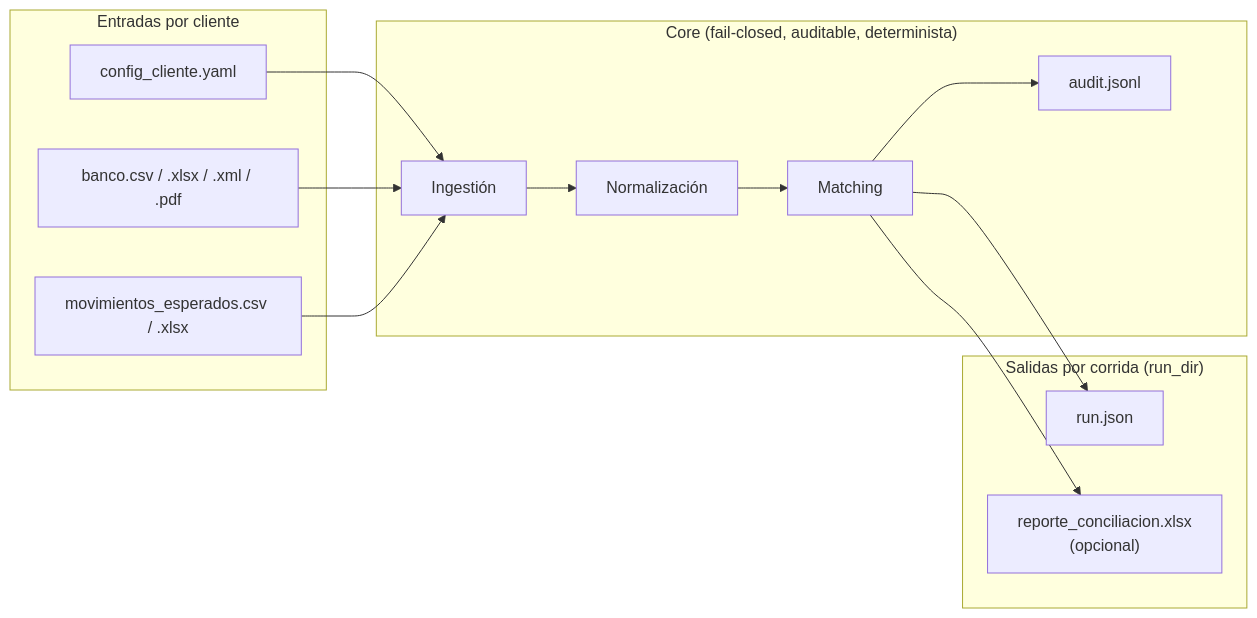
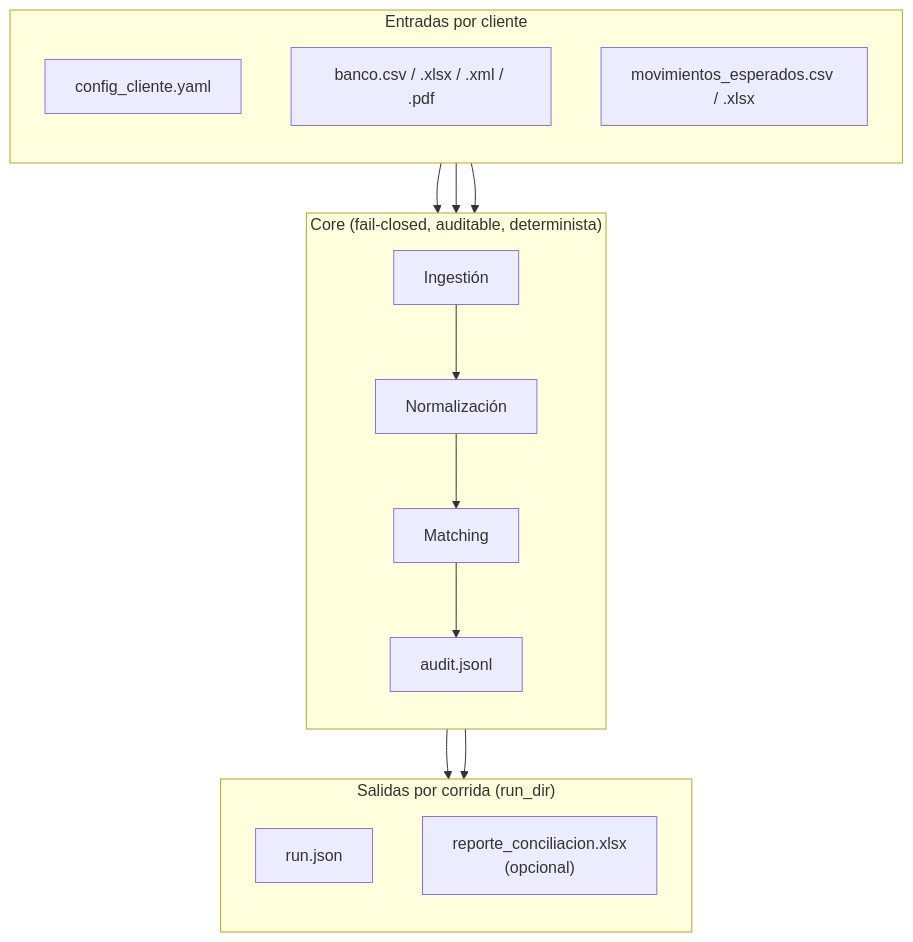
One commit to cortega26/conciliador_bancario changed the first of 2 diagrams in README.md. Above: the diagram before and after it, drawn with Mermaid.

Commit message:
Change mermaid graph orientation

````diff
--- a/README.md
+++ b/README.md
@@ -22,27 +22,30 @@
 ```mermaid
-flowchart LR
+flowchart TB
   subgraph Inputs["Entradas por cliente"]
+    direction TB
     cfg[config_cliente.yaml]
     bank[banco.csv / .xlsx / .xml / .pdf]
     exp[movimientos_esperados.csv / .xlsx]
   end
 
   subgraph Core["Core (fail-closed, auditable, determinista)"]
+    direction TB
     ing[Ingestión]
     norm[Normalización]
     match[Matching]
     audit[audit.jsonl]
   end
 
   subgraph Outputs["Salidas por corrida (run_dir)"]
+    direction TB
     run[run.json]
     xlsx["reporte_conciliacion.xlsx<br/>(opcional)"]
   end
 
   cfg --> ing
   bank --> ing
   exp --> ing
   ing --> norm --> match --> run
   match --> audit
   match --> xlsx
 ```
````
